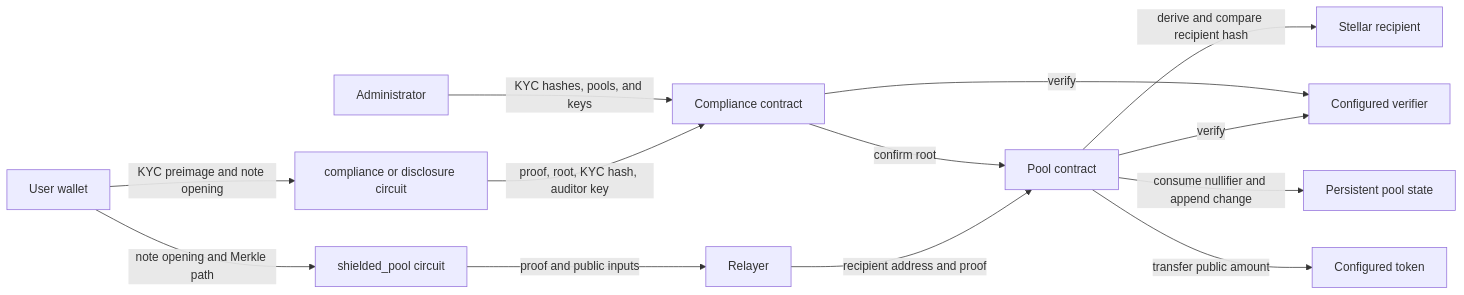
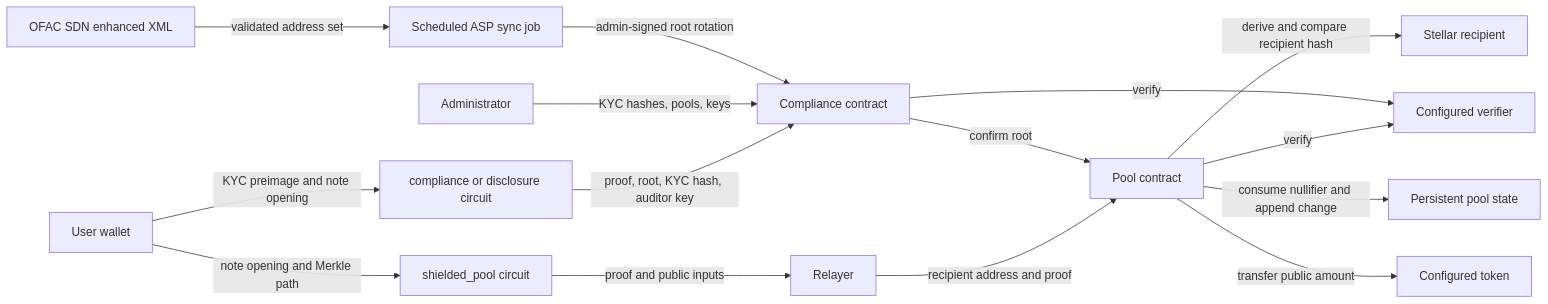
One commit to Dshield-xyz/Dshield changed the diagram in docs/THREAT_MODEL.md. Above: the diagram before and after it, drawn with Mermaid. The commit also changed other lines of this file and 11 other files, not shown here.

Commit message:
feat: automate ASP root synchronization

````diff
--- a/docs/THREAT_MODEL.md
+++ b/docs/THREAT_MODEL.md
@@ -20,15 +21,17 @@
 ```mermaid
 flowchart LR
     User[User wallet] -->|note opening and Merkle path| Spend[shielded_pool circuit]
     User -->|KYC preimage and note opening| Disclosure[compliance or disclosure circuit]
     Spend -->|proof and public inputs| Relayer[Relayer]
     Relayer -->|recipient address and proof| Pool[Pool contract]
     Pool -->|verify| Verifier[Configured verifier]
     Pool -->|derive and compare recipient hash| Recipient[Stellar recipient]
     Pool -->|consume nullifier and append change| State[Persistent pool state]
     Pool -->|transfer public amount| Token[Configured token]
     Disclosure -->|proof, root, KYC hash, auditor key| Registry[Compliance contract]
     Registry -->|confirm root| Pool
     Registry -->|verify| Verifier
-    Admin[Administrator] -->|KYC hashes, pools, and keys| Registry
+    Admin[Administrator] -->|KYC hashes, pools, keys| Registry[Compliance contract]
+    Feed[OFAC SDN enhanced XML] -->|validated address set| Sync[Scheduled ASP sync job]
+    Sync -->|admin-signed root rotation| Registry
 ```
````
